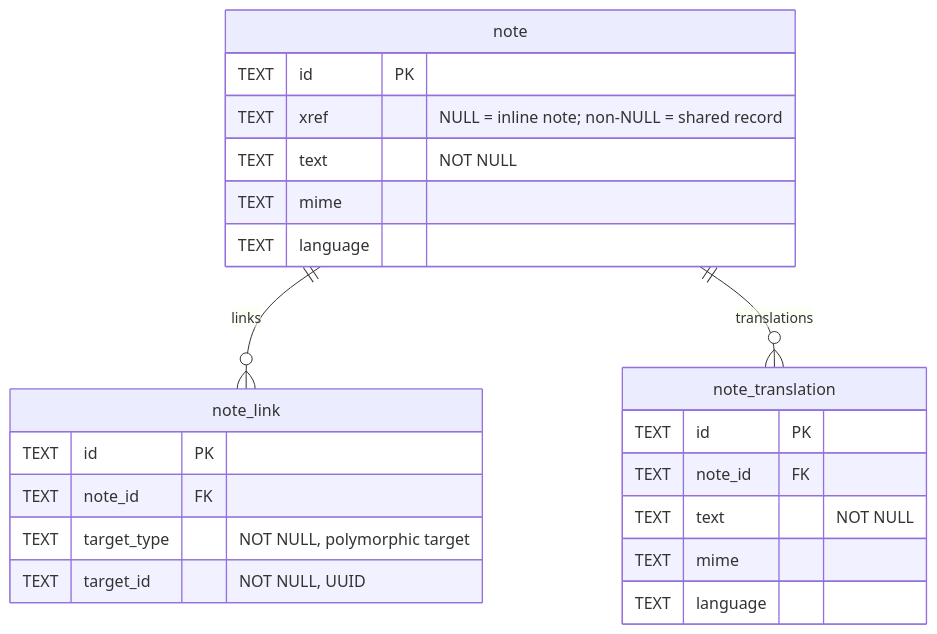
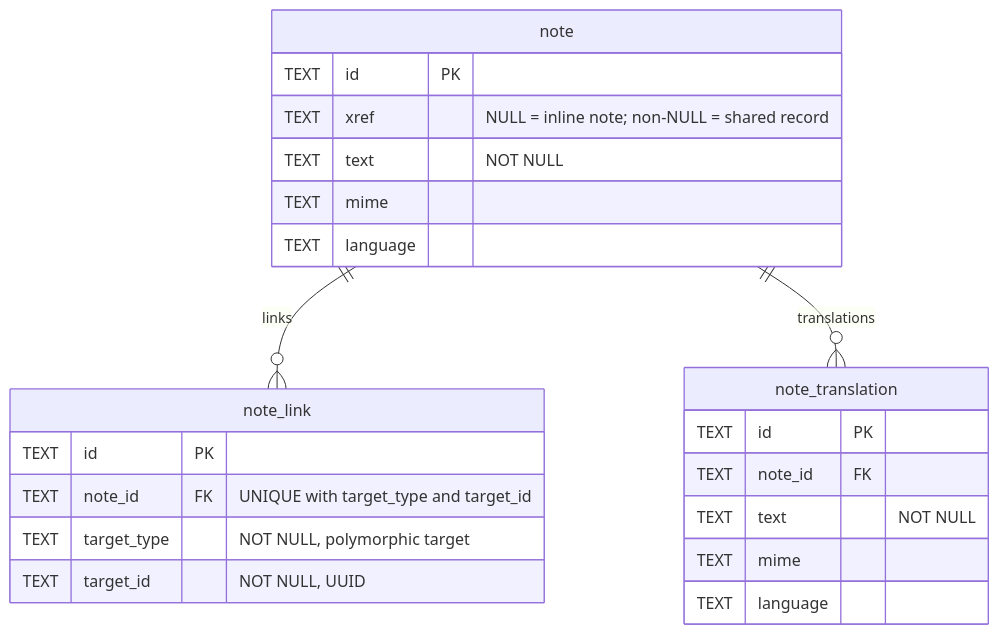
Before and after one commit to borisovodov/doru: the tenth of 12 diagrams in docs/db-schema.md, drawn with Mermaid. The commit also changed other lines of this file and 3 other files, not shown here.

First line of the commit message:
Keep note links unique per target

````diff
--- a/docs/db-schema.md
+++ b/docs/db-schema.md
@@ -761,28 +764,28 @@
 ```mermaid
 erDiagram
     note ||--o{ note_link : "links"
     note ||--o{ note_translation : "translations"
 
     note {
         TEXT id PK
         TEXT xref "NULL = inline note; non-NULL = shared record"
         TEXT text "NOT NULL"
         TEXT mime
         TEXT language
     }
 
     note_link {
         TEXT id PK
-        TEXT note_id FK
+        TEXT note_id FK "UNIQUE with target_type and target_id"
         TEXT target_type "NOT NULL, polymorphic target"
         TEXT target_id "NOT NULL, UUID"
     }
 
     note_translation {
         TEXT id PK
         TEXT note_id FK
         TEXT text "NOT NULL"
         TEXT mime
         TEXT language
     }
 ```
````
